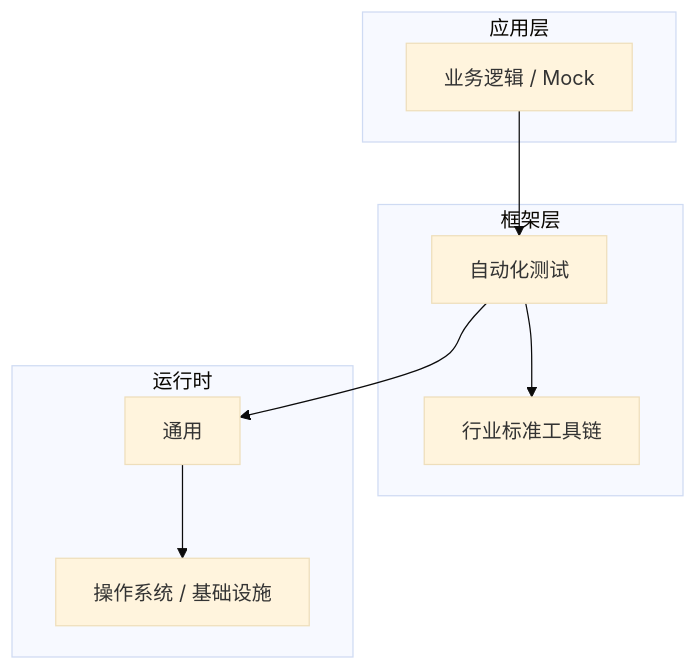
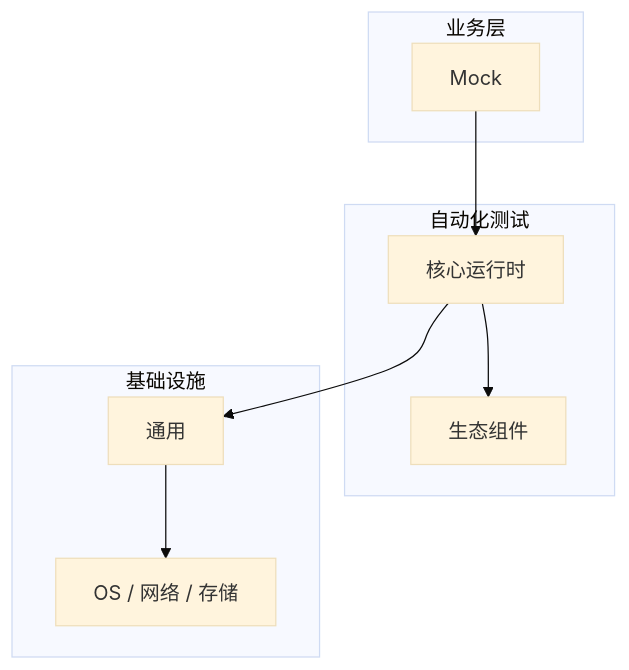
The diagram in articles/自动化测试/chapters/071-Mock核心概念与原理.md (yanggan2015/knowledge-json-v2), drawn with Mermaid (base theme) before and after one commit. The commit also changed other lines of this file and 10127 other files, not shown here.

````diff
--- a/articles/自动化测试/chapters/071-Mock核心概念与原理.md
+++ b/articles/自动化测试/chapters/071-Mock核心概念与原理.md
@@ -45,18 +34,18 @@
 ```mermaid
 graph TB
-    subgraph 应用层
-        A[业务逻辑 / Mock]
+    subgraph 业务层
+        A[Mock]
     end
-    subgraph 框架层
-        B[自动化测试]
-        C[行业标准工具链]
+    subgraph 自动化测试
+        B[核心运行时]
+        C[生态组件]
     end
-    subgraph 运行时
+    subgraph 基础设施
         D[通用]
-        E[操作系统 / 基础设施]
+        E[OS / 网络 / 存储]
     end
     A --> B
     B --> C
     B --> D
     D --> E
 ```
````
